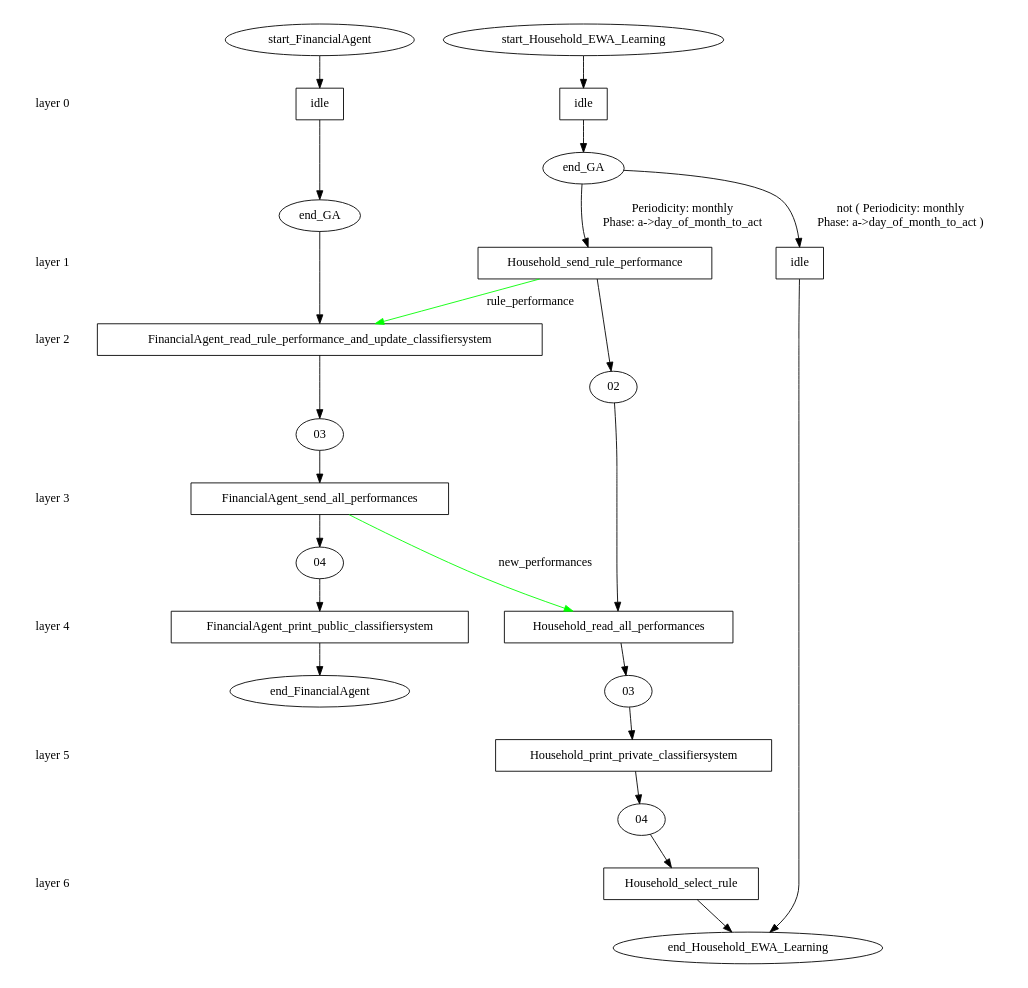
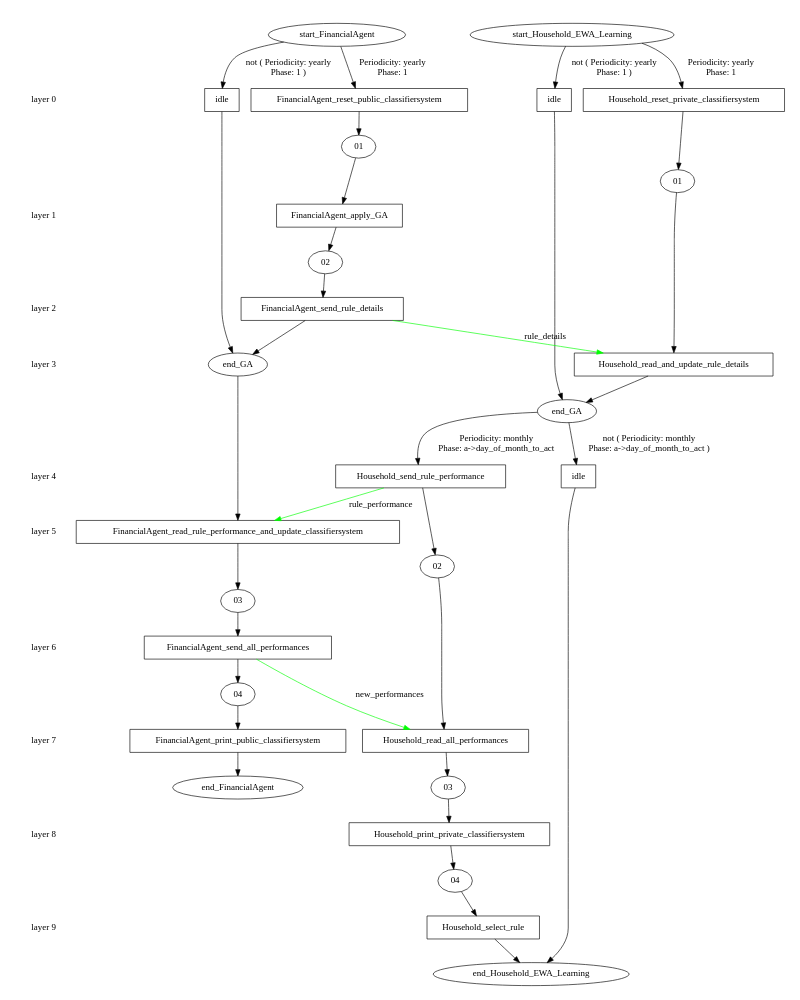
The diagram in models/AFM/afm_branches/initial/ewa_learning/stategraph.dot (ETACE/EURACE), drawn with Graphviz before and after one commit. The commit also changed 9 other files, not shown here.

```diff
--- a/models/AFM/afm_branches/initial/ewa_learning/stategraph.dot
+++ b/models/AFM/afm_branches/initial/ewa_learning/stategraph.dot
@@ -1,73 +1,101 @@
 digraph state_graph {
 	rankdir=TB;
 	size="8,5;"
 	layer_0 [shape=plaintext, label="layer 0"];
 	layer_1 [shape=plaintext, label="layer 1"];
 	layer_0 -> layer_1 [style=invis];
 	layer_2 [shape=plaintext, label="layer 2"];
 	layer_1 -> layer_2 [style=invis];
 	layer_3 [shape=plaintext, label="layer 3"];
 	layer_2 -> layer_3 [style=invis];
 	layer_4 [shape=plaintext, label="layer 4"];
 	layer_3 -> layer_4 [style=invis];
 	layer_5 [shape=plaintext, label="layer 5"];
 	layer_4 -> layer_5 [style=invis];
 	layer_6 [shape=plaintext, label="layer 6"];
 	layer_5 -> layer_6 [style=invis];
+	layer_7 [shape=plaintext, label="layer 7"];
+	layer_6 -> layer_7 [style=invis];
+	layer_8 [shape=plaintext, label="layer 8"];
+	layer_7 -> layer_8 [style=invis];
+	layer_9 [shape=plaintext, label="layer 9"];
+	layer_8 -> layer_9 [style=invis];
 	
 	/* States */
 	Household_04 [label = "04"]
 	Household_03 [label = "03"]
 	Household_02 [label = "02"]
 	Household_end_Household_EWA_Learning [label = "end_Household_EWA_Learning"]
+	Household_01 [label = "01"]
 	Household_end_GA [label = "end_GA"]
 	Household_start_Household_EWA_Learning [label = "start_Household_EWA_Learning"]
 	FinancialAgent_end_FinancialAgent [label = "end_FinancialAgent"]
 	FinancialAgent_04 [label = "04"]
 	FinancialAgent_03 [label = "03"]
+	FinancialAgent_02 [label = "02"]
+	FinancialAgent_01 [label = "01"]
 	FinancialAgent_end_GA [label = "end_GA"]
 	FinancialAgent_start_FinancialAgent [label = "start_FinancialAgent"]
 	Household_idle_start_Household_EWA_Learning_end_GA [label = "idle", shape = rect]
+	Household_Household_reset_private_classifiersystem_start_Household_EWA_Learning_01 [label = "Household_reset_private_classifiersystem", shape = rect]
+	Household_Household_read_and_update_rule_details_01_end_GA [label = "Household_read_and_update_rule_details", shape = rect]
 	Household_idle_end_GA_end_Household_EWA_Learning [label = "idle", shape = rect]
 	Household_Household_send_rule_performance_end_GA_02 [label = "Household_send_rule_performance", shape = rect]
 	Household_Household_read_all_performances_02_03 [label = "Household_read_all_performances", shape = rect]
 	Household_Household_print_private_classifiersystem_03_04 [label = "Household_print_private_classifiersystem", shape = rect]
 	Household_Household_select_rule_04_end_Household_EWA_Learning [label = "Household_select_rule", shape = rect]
 	FinancialAgent_idle_start_FinancialAgent_end_GA [label = "idle", shape = rect]
+	FinancialAgent_FinancialAgent_reset_public_classifiersystem_start_FinancialAgent_01 [label = "FinancialAgent_reset_public_classifiersystem", shape = rect]
+	FinancialAgent_FinancialAgent_apply_GA_01_02 [label = "FinancialAgent_apply_GA", shape = rect]
+	FinancialAgent_FinancialAgent_send_rule_details_02_end_GA [label = "FinancialAgent_send_rule_details", shape = rect]
 	FinancialAgent_FinancialAgent_read_rule_performance_and_update_classifiersystem_end_GA_03 [label = "FinancialAgent_read_rule_performance_and_update_classifiersystem", shape = rect]
 	FinancialAgent_FinancialAgent_send_all_performances_03_04 [label = "FinancialAgent_send_all_performances", shape = rect]
 	FinancialAgent_FinancialAgent_print_public_classifiersystem_04_end_FinancialAgent [label = "FinancialAgent_print_public_classifiersystem", shape = rect]
 	
 	/* Transitions */
-	Household_start_Household_EWA_Learning -> Household_idle_start_Household_EWA_Learning_end_GA;
+	Household_start_Household_EWA_Learning -> Household_idle_start_Household_EWA_Learning_end_GA [ label = "not ( Periodicity: yearly\nPhase: 1 )"];
 	Household_idle_start_Household_EWA_Learning_end_GA -> Household_end_GA;
+	Household_start_Household_EWA_Learning -> Household_Household_reset_private_classifiersystem_start_Household_EWA_Learning_01 [ label = "Periodicity: yearly\nPhase: 1"];
+	Household_Household_reset_private_classifiersystem_start_Household_EWA_Learning_01 -> Household_01;
+	Household_01 -> Household_Household_read_and_update_rule_details_01_end_GA;
+	Household_Household_read_and_update_rule_details_01_end_GA -> Household_end_GA;
 	Household_end_GA -> Household_idle_end_GA_end_Household_EWA_Learning [ label = "not ( Periodicity: monthly\nPhase: a->day_of_month_to_act )"];
 	Household_idle_end_GA_end_Household_EWA_Learning -> Household_end_Household_EWA_Learning;
 	Household_end_GA -> Household_Household_send_rule_performance_end_GA_02 [ label = "Periodicity: monthly\nPhase: a->day_of_month_to_act"];
 	Household_Household_send_rule_performance_end_GA_02 -> Household_02;
 	Household_02 -> Household_Household_read_all_performances_02_03;
 	Household_Household_read_all_performances_02_03 -> Household_03;
 	Household_03 -> Household_Household_print_private_classifiersystem_03_04;
 	Household_Household_print_private_classifiersystem_03_04 -> Household_04;
 	Household_04 -> Household_Household_select_rule_04_end_Household_EWA_Learning;
 	Household_Household_select_rule_04_end_Household_EWA_Learning -> Household_end_Household_EWA_Learning;
-	FinancialAgent_start_FinancialAgent -> FinancialAgent_idle_start_FinancialAgent_end_GA;
+	FinancialAgent_start_FinancialAgent -> FinancialAgent_idle_start_FinancialAgent_end_GA [ label = "not ( Periodicity: yearly\nPhase: 1 )"];
 	FinancialAgent_idle_start_FinancialAgent_end_GA -> FinancialAgent_end_GA;
+	FinancialAgent_start_FinancialAgent -> FinancialAgent_FinancialAgent_reset_public_classifiersystem_start_FinancialAgent_01 [ label = "Periodicity: yearly\nPhase: 1"];
+	FinancialAgent_FinancialAgent_reset_public_classifiersystem_start_FinancialAgent_01 -> FinancialAgent_01;
+	FinancialAgent_01 -> FinancialAgent_FinancialAgent_apply_GA_01_02;
+	FinancialAgent_FinancialAgent_apply_GA_01_02 -> FinancialAgent_02;
+	FinancialAgent_02 -> FinancialAgent_FinancialAgent_send_rule_details_02_end_GA;
+	FinancialAgent_FinancialAgent_send_rule_details_02_end_GA -> FinancialAgent_end_GA;
 	FinancialAgent_end_GA -> FinancialAgent_FinancialAgent_read_rule_performance_and_update_classifiersystem_end_GA_03;
 	FinancialAgent_FinancialAgent_read_rule_performance_and_update_classifiersystem_end_GA_03 -> FinancialAgent_03;
 	FinancialAgent_03 -> FinancialAgent_FinancialAgent_send_all_performances_03_04;
 	FinancialAgent_FinancialAgent_send_all_performances_03_04 -> FinancialAgent_04;
 	FinancialAgent_04 -> FinancialAgent_FinancialAgent_print_public_classifiersystem_04_end_FinancialAgent;
 	FinancialAgent_FinancialAgent_print_public_classifiersystem_04_end_FinancialAgent -> FinancialAgent_end_FinancialAgent;
 	
 	/* Communications */
 	Household_Household_send_rule_performance_end_GA_02 -> FinancialAgent_FinancialAgent_read_rule_performance_and_update_classifiersystem_end_GA_03 [ label = "rule_performance" color="#00ff00" constraint=false];
 	FinancialAgent_FinancialAgent_send_all_performances_03_04 -> Household_Household_read_all_performances_02_03 [ label = "new_performances" color="#00ff00" constraint=false];
-	{ rank=same; layer_0;  Household_idle_start_Household_EWA_Learning_end_GA;  FinancialAgent_idle_start_FinancialAgent_end_GA; }
-	{ rank=same; layer_1;  Household_idle_end_GA_end_Household_EWA_Learning;  Household_Household_send_rule_performance_end_GA_02; }
-	{ rank=same; layer_2;  FinancialAgent_FinancialAgent_read_rule_performance_and_update_classifiersystem_end_GA_03; }
-	{ rank=same; layer_3;  FinancialAgent_FinancialAgent_send_all_performances_03_04; }
-	{ rank=same; layer_4;  Household_Household_read_all_performances_02_03;  FinancialAgent_FinancialAgent_print_public_classifiersystem_04_end_FinancialAgent; }
-	{ rank=same; layer_5;  Household_Household_print_private_classifiersystem_03_04; }
-	{ rank=same; layer_6;  Household_Household_select_rule_04_end_Household_EWA_Learning; }
+	FinancialAgent_FinancialAgent_send_rule_details_02_end_GA -> Household_Household_read_and_update_rule_details_01_end_GA [ label = "rule_details" color="#00ff00" constraint=false];
+	{ rank=same; layer_0;  Household_idle_start_Household_EWA_Learning_end_GA;  Household_Household_reset_private_classifiersystem_start_Household_EWA_Learning_01;  FinancialAgent_idle_start_FinancialAgent_end_GA;  FinancialAgent_FinancialAgent_reset_public_classifiersystem_start_FinancialAgent_01; }
+	{ rank=same; layer_1;  FinancialAgent_FinancialAgent_apply_GA_01_02; }
+	{ rank=same; layer_2;  FinancialAgent_FinancialAgent_send_rule_details_02_end_GA; }
+	{ rank=same; layer_3;  Household_Household_read_and_update_rule_details_01_end_GA; }
+	{ rank=same; layer_4;  Household_idle_end_GA_end_Household_EWA_Learning;  Household_Household_send_rule_performance_end_GA_02; }
+	{ rank=same; layer_5;  FinancialAgent_FinancialAgent_read_rule_performance_and_update_classifiersystem_end_GA_03; }
+	{ rank=same; layer_6;  FinancialAgent_FinancialAgent_send_all_performances_03_04; }
+	{ rank=same; layer_7;  Household_Household_read_all_performances_02_03;  FinancialAgent_FinancialAgent_print_public_classifiersystem_04_end_FinancialAgent; }
+	{ rank=same; layer_8;  Household_Household_print_private_classifiersystem_03_04; }
+	{ rank=same; layer_9;  Household_Household_select_rule_04_end_Household_EWA_Learning; }
 }
```
